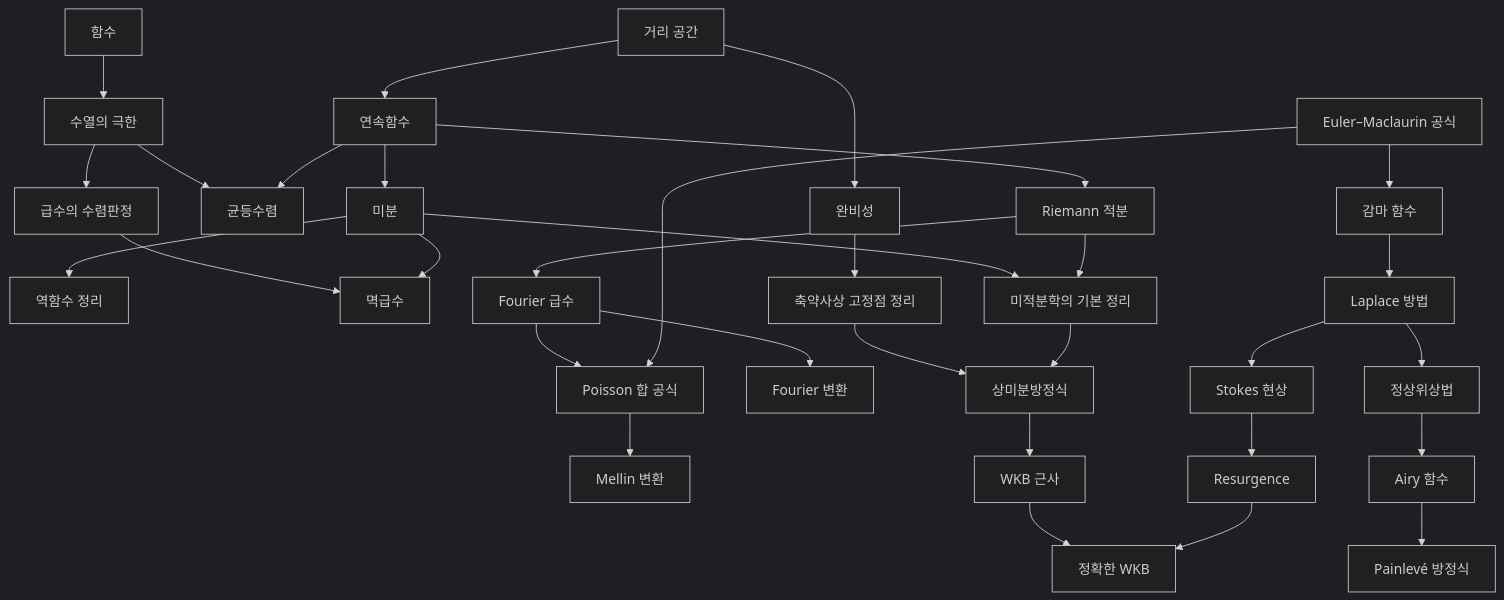
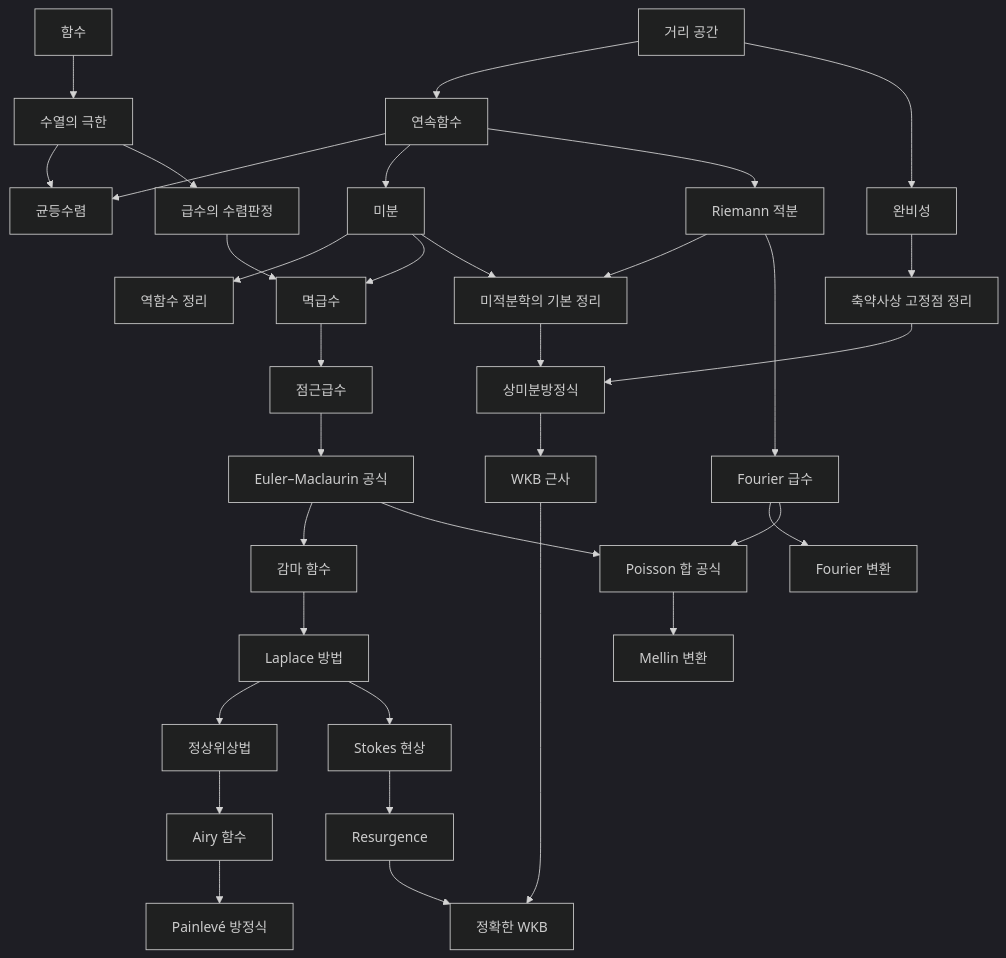
The diagram in docs/analysis-overview.md (Phryxia/math-map), drawn with Mermaid (dark theme) before and after one commit. The commit also changed other lines of this file and 4 other files, not shown here.

First line of the commit message:
add asymptotic-series under power-series, trim duplicated general theory in euler-maclaurin

````diff
--- a/docs/analysis-overview.md
+++ b/docs/analysis-overview.md
@@ -13,34 +13,36 @@
 ```mermaid
 graph TD
   FN["함수"] --> LM["수열의 극한"]
   MS["거리 공간"] --> CT["연속함수"]
   MS --> CM["완비성"]
   LM --> UC["균등수렴"]
   CT --> UC
   CT --> DV["미분"]
   DV --> IF["역함수 정리"]
   CT --> RI["Riemann 적분"]
   LM --> SC["급수의 수렴판정"]
   SC --> PS["멱급수"]
   DV --> PS
   DV --> FC["미적분학의 기본 정리"]
   RI --> FC
   CM --> BF["축약사상 고정점 정리"]
   BF --> OD["상미분방정식"]
   FC --> OD
   RI --> FS["Fourier 급수"]
   FS --> FT["Fourier 변환"]
   FS --> PSm["Poisson 합 공식"]
   PSm --> MT["Mellin 변환"]
-  EM["Euler–Maclaurin 공식"] --> GM["감마 함수"]
+  PS --> AS["점근급수"]
+  AS --> EM["Euler–Maclaurin 공식"]
+  EM --> GM["감마 함수"]
   EM --> PSm
   GM --> LP["Laplace 방법"]
   LP --> SP["정상위상법"]
   LP --> ST["Stokes 현상"]
   ST --> RS["Resurgence"]
   SP --> AF["Airy 함수"]
   AF --> PE["Painlevé 방정식"]
   OD --> WK["WKB 근사"]
   WK --> EW["정확한 WKB"]
   RS --> EW
 ```
````
